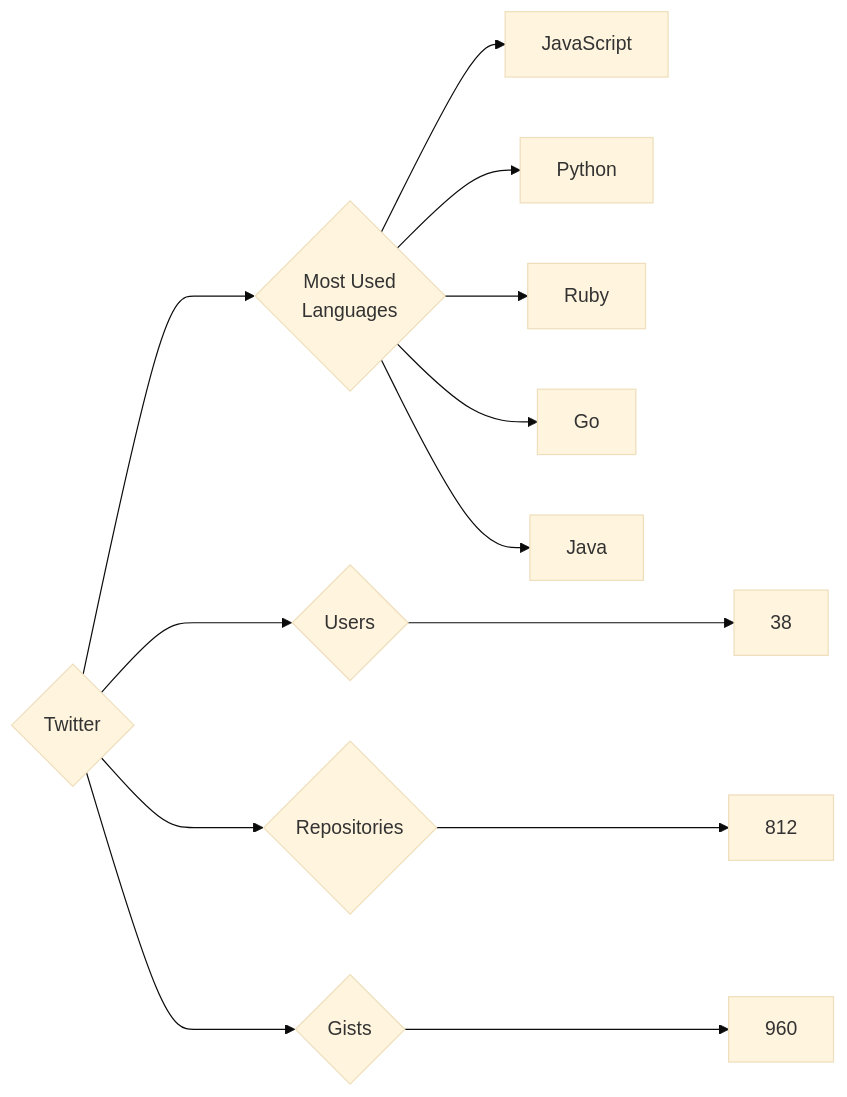
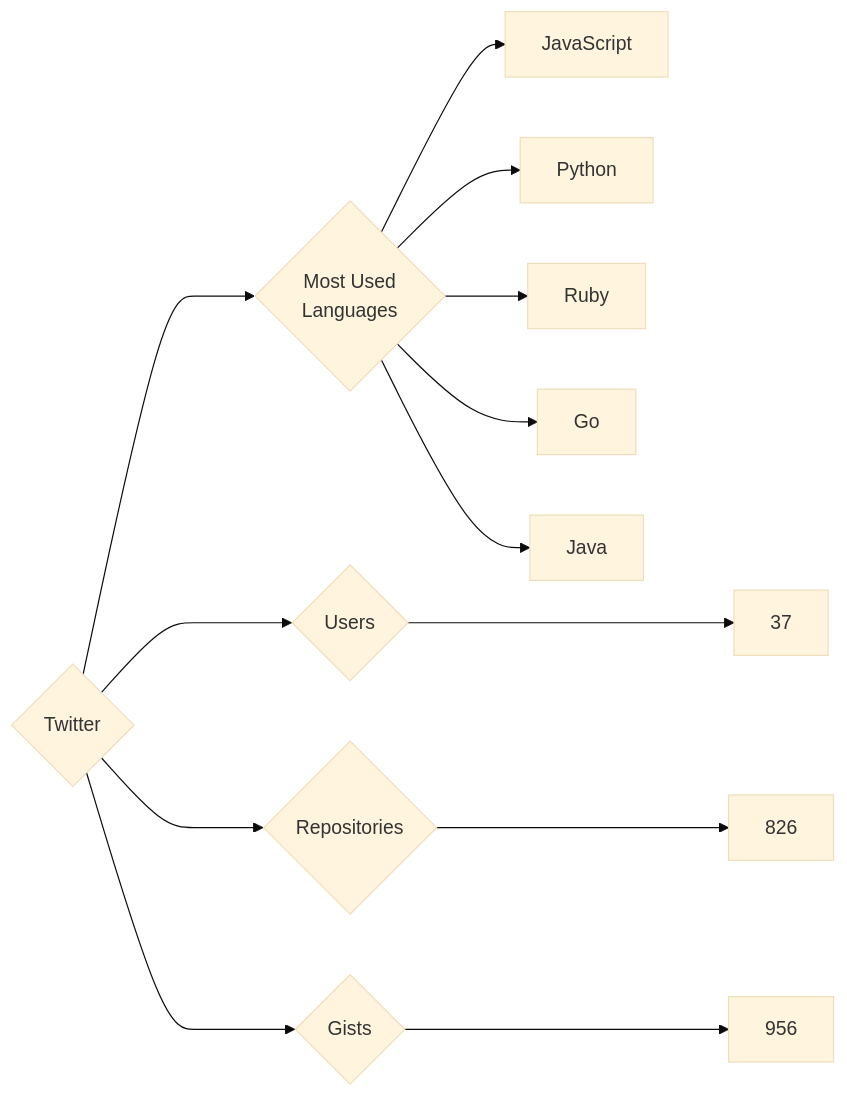
One commit to trickest/insiders changed the diagram in targets/Twitter/README.md. Above: the diagram before and after it, drawn with Mermaid (base theme). The commit also changed 728 other files, not shown here.

````diff
--- a/targets/Twitter/README.md
+++ b/targets/Twitter/README.md
@@ -3,13 +3,13 @@
 ```mermaid
 graph LR
 COMPANY_NAME{Twitter}
-COMPANY_NAME ---> U{Users} ---> UN[38]
-COMPANY_NAME ---> R{Repositories} ---> RN[812]
-COMPANY_NAME ---> G{Gists} ---> GN[960]
+COMPANY_NAME ---> U{Users} ---> UN[37]
+COMPANY_NAME ---> R{Repositories} ---> RN[826]
+COMPANY_NAME ---> G{Gists} ---> GN[956]
 COMPANY_NAME ---> ML{Most Used<br>Languages}
 ML --> JavaScript[JavaScript]
 ML --> Python[Python]
 ML --> Ruby[Ruby]
 ML --> Go[Go]
 ML --> Java[Java]
 ```
````
